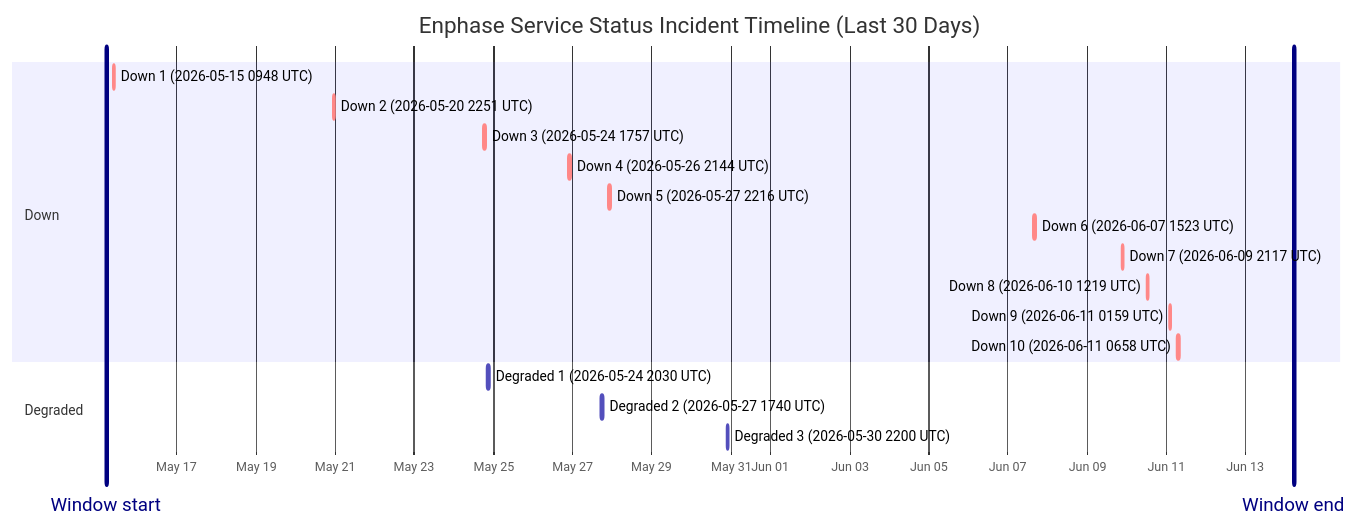
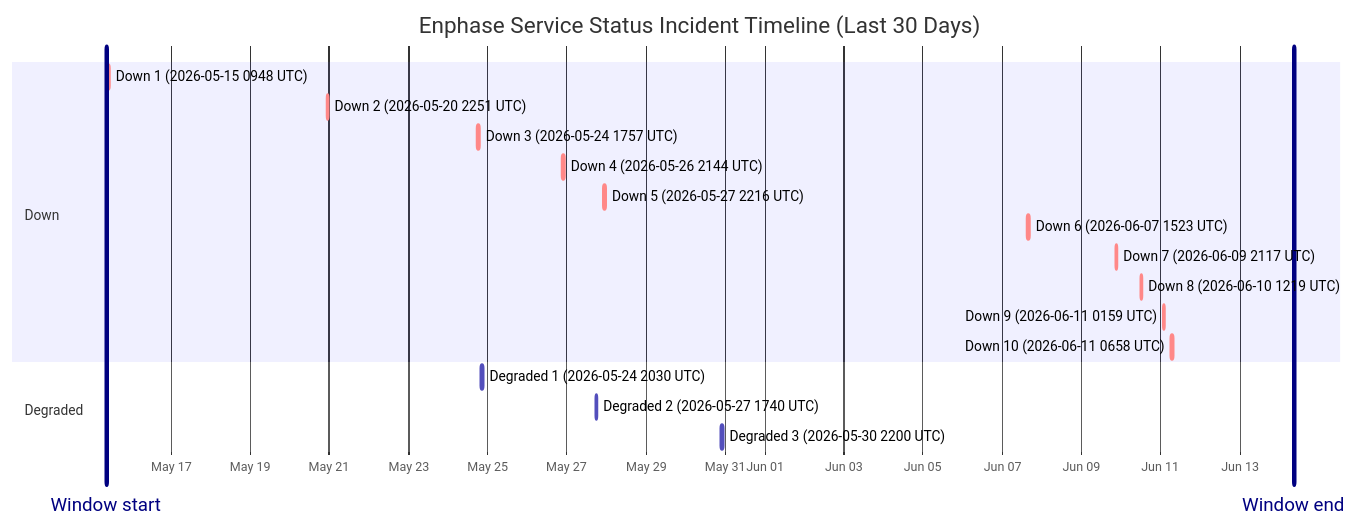
The diagram in wiki/Service-Status-History.md (barneyonline/ha-enphase-energy), drawn with Mermaid before and after one commit. The commit also changed other lines of this file and 3 other files, not shown here.

````diff
--- a/wiki/Service-Status-History.md
+++ b/wiki/Service-Status-History.md
@@ -14,23 +14,23 @@
 ```mermaid
 gantt
     title Enphase Service Status Incident Timeline (Last 30 Days)
     dateFormat  YYYY-MM-DDTHH:mm:ss
     axisFormat  %b %d
-    Window start :vert, window-start, 2026-05-15T05:15:22, 0ms
-    Window end :vert, window-end, 2026-06-14T05:15:22, 0ms
+    Window start :vert, window-start, 2026-05-15T08:52:53, 0ms
+    Window end :vert, window-end, 2026-06-14T08:52:53, 0ms
     section Down
     Down 1 (2026-05-15 0948 UTC) :crit, down-1, 2026-05-15T09:48:18, 60m
     Down 2 (2026-05-20 2251 UTC) :crit, down-2, 2026-05-20T22:51:14, 75m
     Down 3 (2026-05-24 1757 UTC) :crit, down-3, 2026-05-24T17:57:41, 86m
     Down 4 (2026-05-26 2144 UTC) :crit, down-4, 2026-05-26T21:44:11, 85m
     Down 5 (2026-05-27 2216 UTC) :crit, down-5, 2026-05-27T22:16:53, 87m
     Down 6 (2026-06-07 1523 UTC) :crit, down-6, 2026-06-07T15:23:22, 87m
     Down 7 (2026-06-09 2117 UTC) :crit, down-7, 2026-06-09T21:17:17, 60m
     Down 8 (2026-06-10 1219 UTC) :crit, down-8, 2026-06-10T12:19:21, 60m
     Down 9 (2026-06-11 0159 UTC) :crit, down-9, 2026-06-11T01:59:36, 60m
     Down 10 (2026-06-11 0658 UTC) :crit, down-10, 2026-06-11T06:58:45, 60m
     section Degraded
     Degraded 1 (2026-05-24 2030 UTC) :active, degraded-1, 2026-05-24T20:30:57, 84m
     Degraded 2 (2026-05-27 1740 UTC) :active, degraded-2, 2026-05-27T17:40:52, 60m
     Degraded 3 (2026-05-30 2200 UTC) :active, degraded-3, 2026-05-30T22:00:37, 60m
 ```
````
